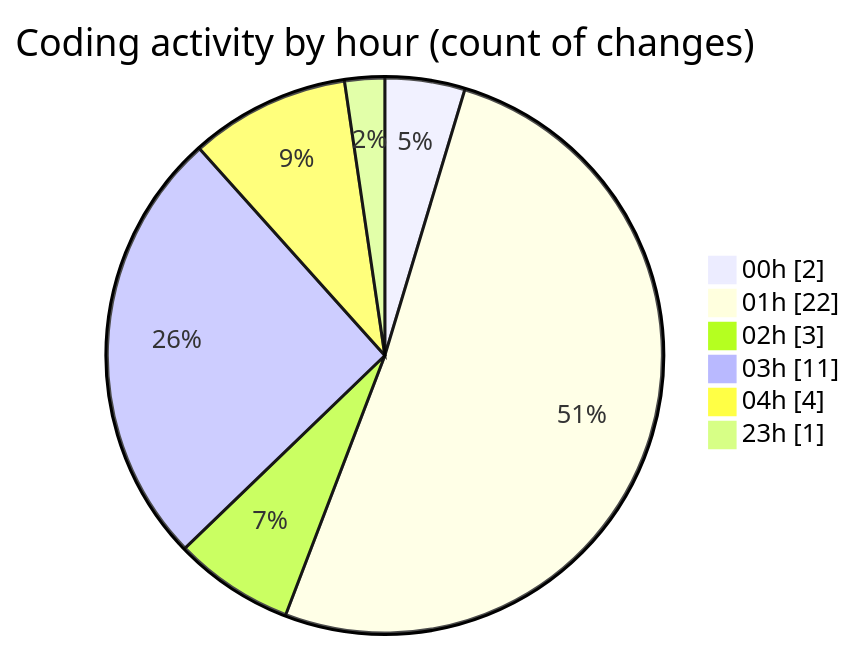
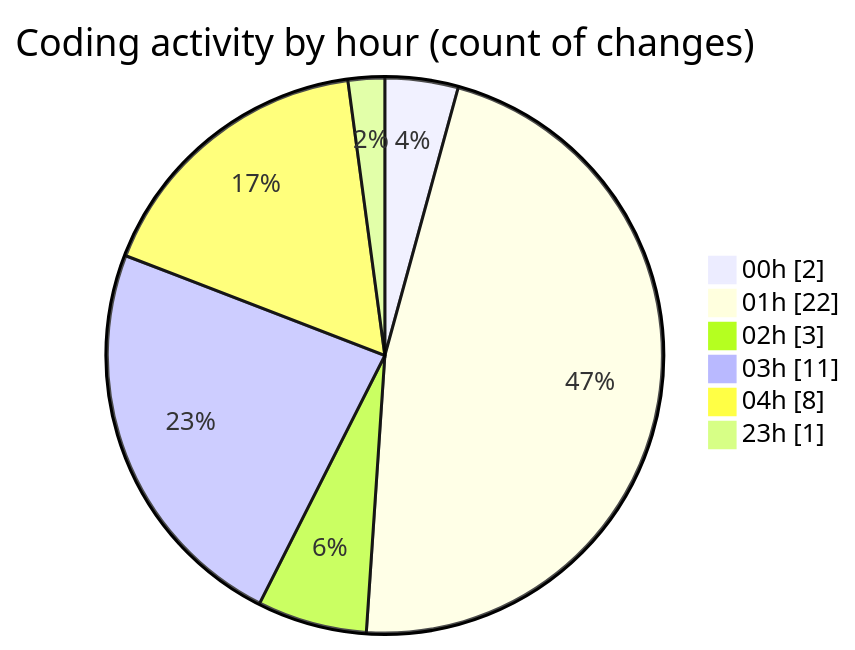
One commit to lephambinh05/code-tracking changed the second of 2 diagrams in 2025-07-19/nhahang/README.md. Above: the diagram before and after it, drawn with Mermaid. The commit also changed other lines of this file and 1 other file, not shown here.

````diff
--- a/2025-07-19/nhahang/README.md
+++ b/2025-07-19/nhahang/README.md
@@ -46,10 +48,10 @@
 ```mermaid
 pie showData
 title Coding activity by hour (count of changes)
 "00h" : 2
 "01h" : 22
 "02h" : 3
 "03h" : 11
-"04h" : 4
+"04h" : 8
 "23h" : 1
 ```
````
